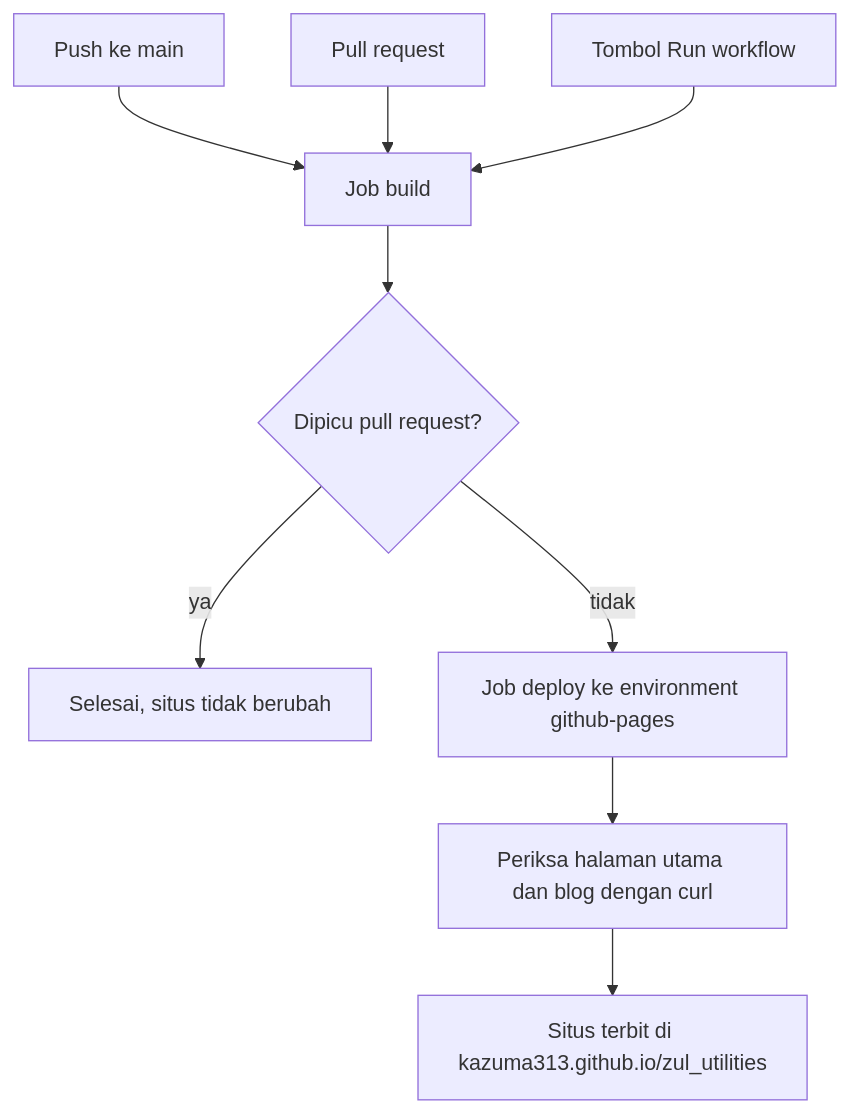
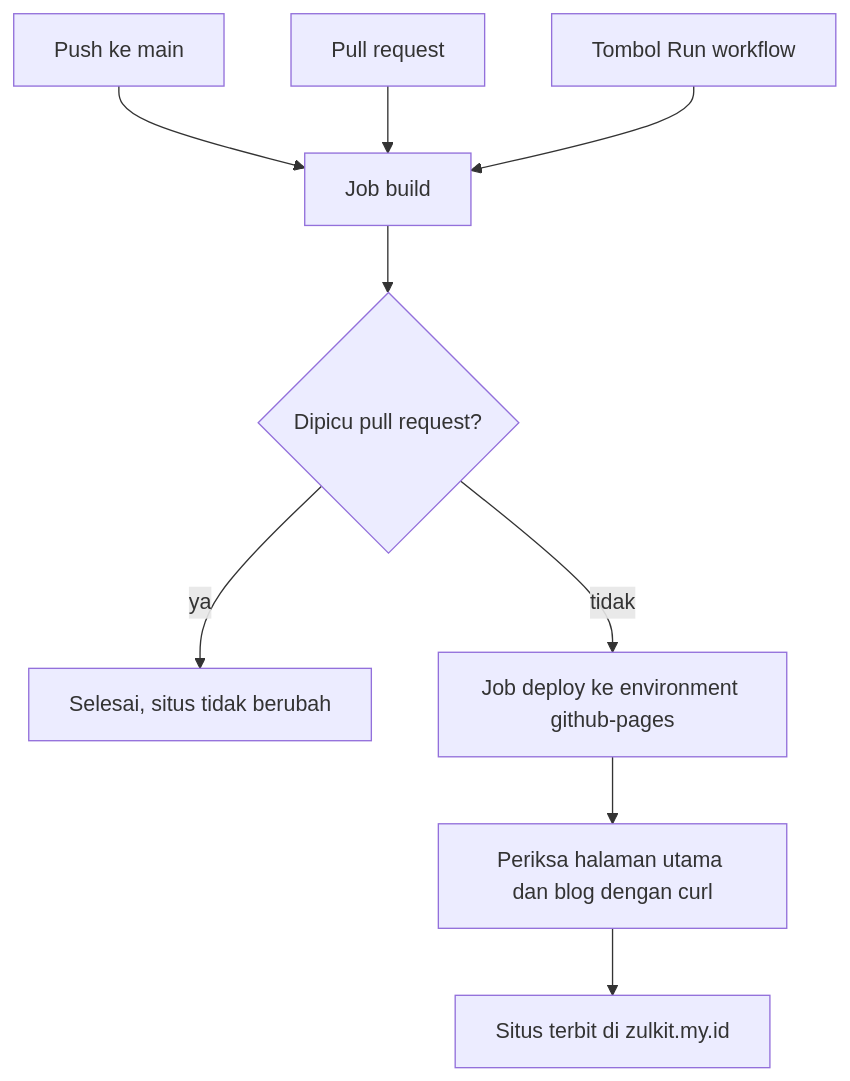
The first of 2 diagrams in docs/blog/posts/2026-10-07-ci-cd-dokumentasi-di-github-dan-siapa-yang-boleh-menerbitkan.md (kazuma313/zul_utilities), drawn with Mermaid before and after one commit. The commit also changed other lines of this file and 6 other files, not shown here.

````diff
--- a/docs/blog/posts/2026-10-07-ci-cd-dokumentasi-di-github-dan-siapa-yang-boleh-menerbitkan.md
+++ b/docs/blog/posts/2026-10-07-ci-cd-dokumentasi-di-github-dan-siapa-yang-boleh-menerbitkan.md
@@ -21,11 +22,11 @@
 ```mermaid
 flowchart TB
     A["Push ke main"] --> B["Job build"]
     P["Pull request"] --> B
     R["Tombol Run workflow"] --> B
     B --> C{"Dipicu pull request?"}
     C -->|ya| D["Selesai, situs tidak berubah"]
     C -->|tidak| E["Job deploy ke environment github-pages"]
     E --> F["Periksa halaman utama dan blog dengan curl"]
-    F --> G["Situs terbit di kazuma313.github.io/zul_utilities"]
+    F --> G["Situs terbit di zulkit.my.id"]
 ```
````
